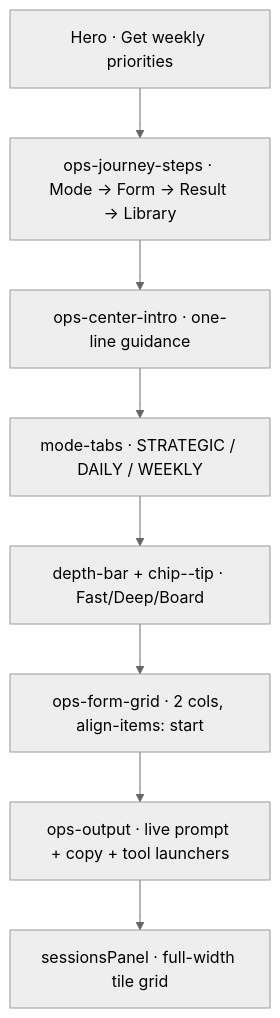
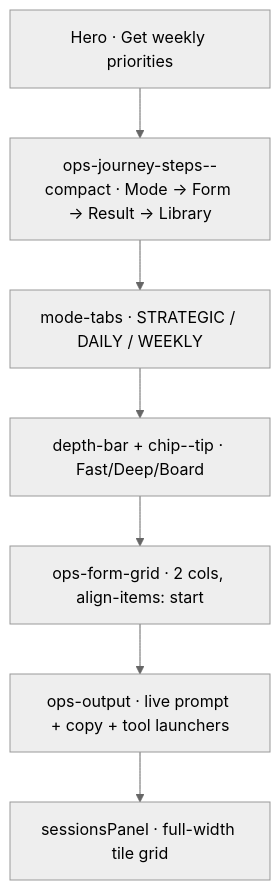
One commit to DITreneris/ceo changed the diagram in docs/ops_workspace_plan.md. Above: the diagram before and after it, drawn with Mermaid (neutral theme). The commit also changed other lines of this file and 20 other files, not shown here.

````diff
--- a/docs/ops_workspace_plan.md
+++ b/docs/ops_workspace_plan.md
@@ -9,12 +9,11 @@
 ```mermaid
 flowchart TD
   hero[Hero · Get weekly priorities]
-  steps[ops-journey-steps · Mode → Form → Result → Library]
-  intro[ops-center-intro · one-line guidance]
+  steps[ops-journey-steps--compact · Mode → Form → Result → Library]
   mode[mode-tabs · STRATEGIC / DAILY / WEEKLY]
   depth[depth-bar + chip--tip · Fast/Deep/Board]
   form[ops-form-grid · 2 cols, align-items: start]
   output[ops-output · live prompt + copy + tool launchers]
   sessions[sessionsPanel · full-width tile grid]
-  hero --> steps --> intro --> mode --> depth --> form --> output --> sessions
+  hero --> steps --> mode --> depth --> form --> output --> sessions
 ```
````
